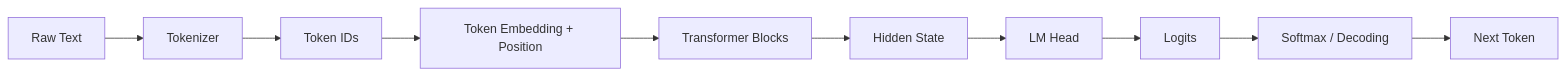
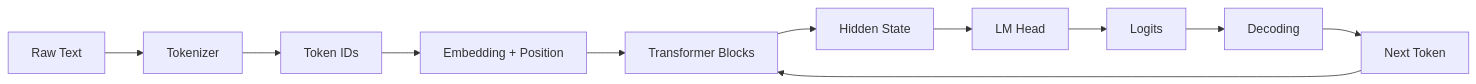
The first of 7 diagrams in llm-foundation/review/README.md (studyzhige-ui/ai-application-interview-handbook), drawn with Mermaid before and after one commit. The commit also changed other lines of this file, not shown here.

````diff
--- a/llm-foundation/review/README.md
+++ b/llm-foundation/review/README.md
@@ -9,12 +11,13 @@
 ```mermaid
 flowchart LR
     A["Raw Text"] --> B["Tokenizer"]
     B --> C["Token IDs"]
-    C --> D["Token Embedding + Position"]
+    C --> D["Embedding + Position"]
     D --> E["Transformer Blocks"]
     E --> F["Hidden State"]
     F --> G["LM Head"]
     G --> H["Logits"]
-    H --> I["Softmax / Decoding"]
+    H --> I["Decoding"]
     I --> J["Next Token"]
+    J --> E
 ```
````
